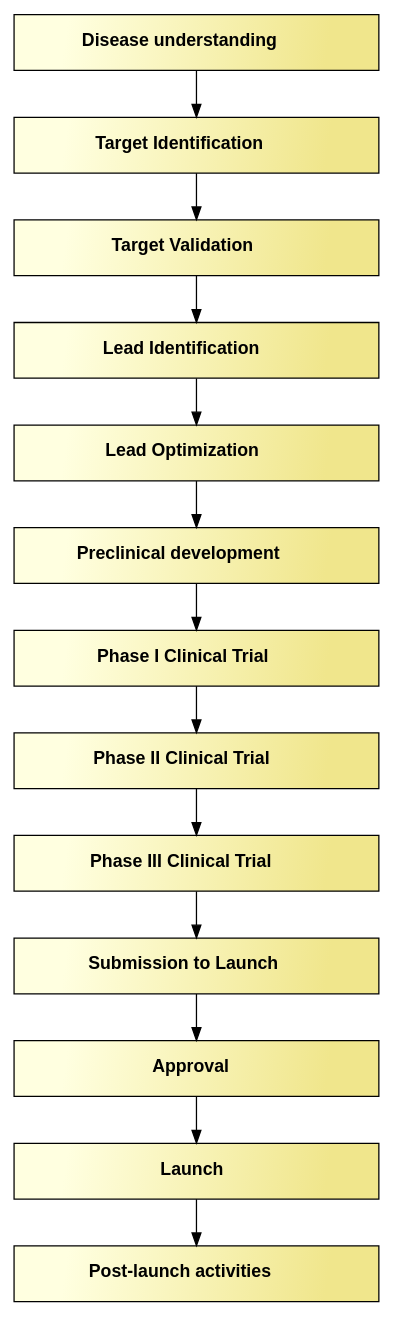
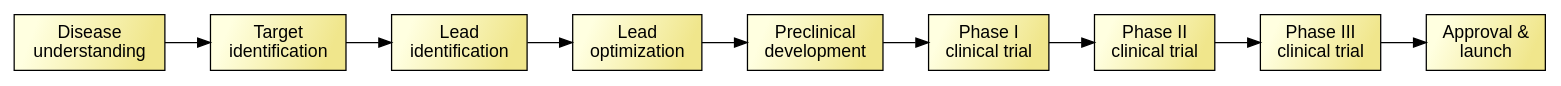
The diagram in book/data/linear-drug-discovery-workflow.gv (Accio/AMIDD), drawn with Graphviz before and after one commit.

Commit message:
simplify the graph and displaying it horizontally

```diff
--- a/book/data/linear-drug-discovery-workflow.gv
+++ b/book/data/linear-drug-discovery-workflow.gv
@@ -1,44 +1,47 @@
 digraph LinearWorkflow {
 
-  graph [rankdir = TB]
+  graph [rankdir = LR]
 
   node [shape = record,
 	style = filled,
-	fixedsize=true,
-	width=4,
+	fixedsize=false,
+	width=1,
 	height=0.618,
 	fontsize=14,
 	fillcolor = "lightyellow:khaki",
 	gradientangle=315,
 	fontname="Helvetica"]
-  DU[label=< <B>Disease understanding</B> >]
-  TI[label=< <B>Target Identification</B> >]
-  TV[label=< <B>Target Validation</B> >]
-  LI [label=< <B>Lead Identification</B> >]
-  LO [label=< <B>Lead Optimization</B> >]
-  PcD [label=< <B>Preclinical development</B> >]
-  CT1 [label=< <B>Phase I Clinical Trial</B> >]
-  CT2 [label=< <B>Phase II Clinical Trial</B> >]
-  CT3 [label=< <B>Phase III Clinical Trial</B> >] 
-  Sub [label=< <B>Submission to Launch</B> >] 
-  Approval [label=< <B>Approval</B> >]  
-  Launch [label=< <B>Launch</B> >]  
-  CT4 [label=< <B>Post-launch activities</B> >] 
-  
+  DU[label="Disease\nunderstanding"]
+  TI[label="Target\nidentification"]
+  ## TV[label="Target\nValidation"]
+  LI [label="Lead\nidentification"]
+  LO [label="Lead\noptimization"]
+  PcD [label="Preclinical\ndevelopment"]
+  CT1 [label="Phase I\nclinical trial"]
+  CT2 [label="Phase II\nclinical trial"]
+  CT3 [label="Phase III\nclinical trial"]
+  ## Sub [label="Submission"]
+  Approval [label="Approval &\nlaunch"]
+  ## Launch [label="Launch"]
+  ## CT4 [label="Post-launch activities"]
+
   edge [color = black,
         arrowname = vee,
         fontname="Helvetica",
         fontsize=10]
   DU -> TI
-  TI -> TV
-  TV -> LI
+  TI -> LI
+  ## TI -> TV
+  ## TV -> LI
   LI -> LO
   LO -> PcD
   PcD -> CT1
   CT1 -> CT2
   CT2 -> CT3
-  CT3 -> Sub
-  Sub -> Approval
-  Approval -> Launch
-  Launch -> CT4
+  ## CT3 -> Sub
+  ## Sub -> Approval
+  ## Approval -> Launch
+
+  CT3 -> Approval
+  ## Launch -> CT4
 }
```
